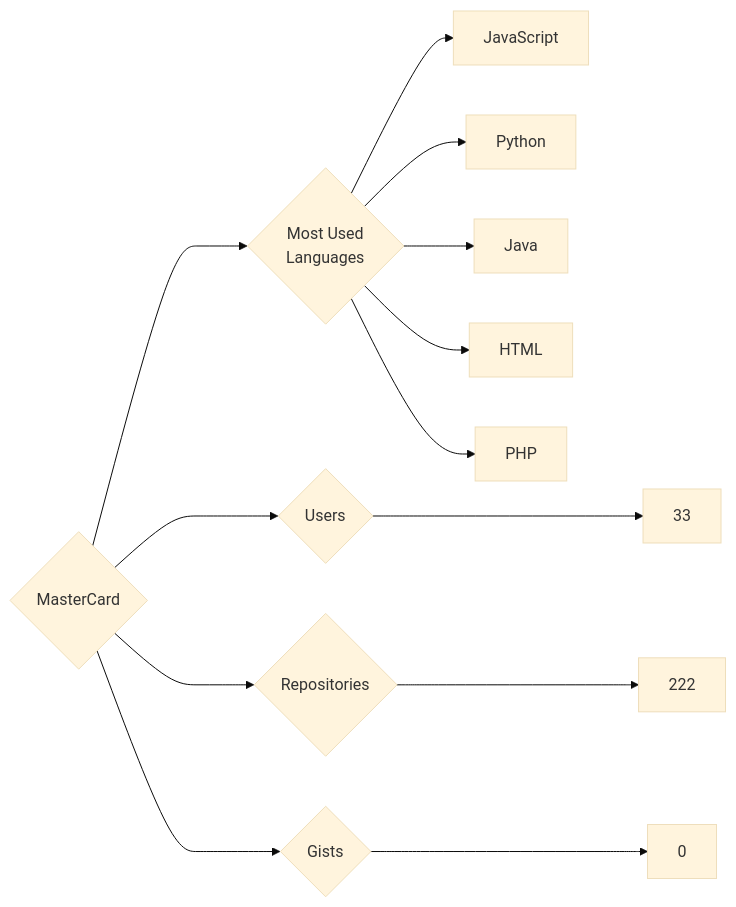
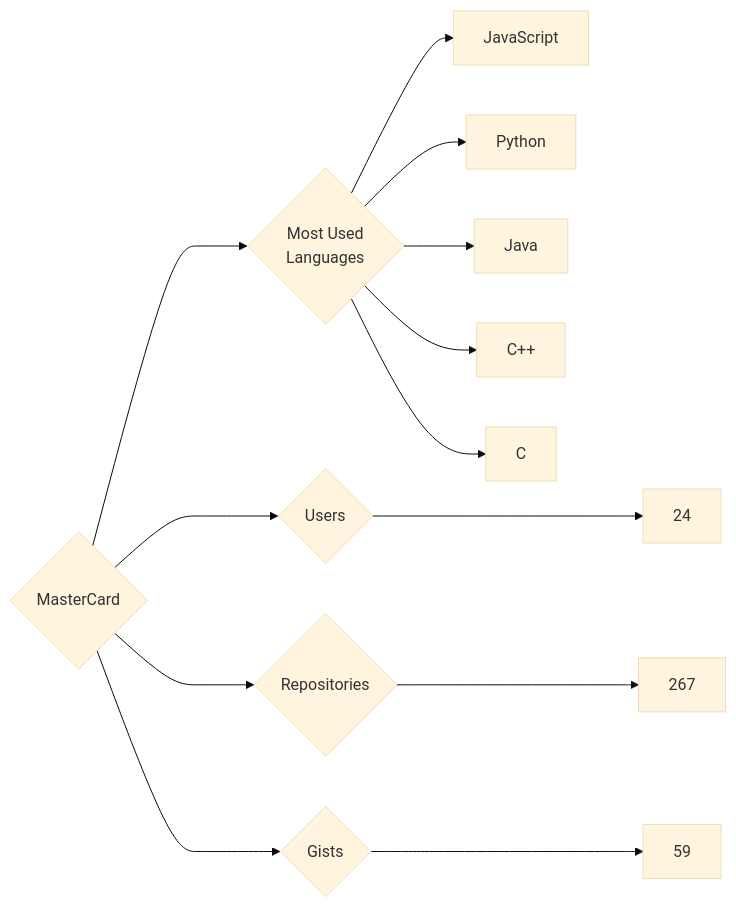
The diagram in targets/MasterCard/README.md (trickest/insiders), drawn with Mermaid (base theme) before and after one commit. The commit also changed 932 other files, not shown here.

````diff
--- a/targets/MasterCard/README.md
+++ b/targets/MasterCard/README.md
@@ -3,13 +3,13 @@
 ```mermaid
 graph LR
 COMPANY_NAME{MasterCard}
-COMPANY_NAME ---> U{Users} ---> UN[33]
-COMPANY_NAME ---> R{Repositories} ---> RN[222]
-COMPANY_NAME ---> G{Gists} ---> GN[0]
+COMPANY_NAME ---> U{Users} ---> UN[24]
+COMPANY_NAME ---> R{Repositories} ---> RN[267]
+COMPANY_NAME ---> G{Gists} ---> GN[59]
 COMPANY_NAME ---> ML{Most Used<br>Languages}
 ML --> JavaScript[JavaScript]
 ML --> Python[Python]
 ML --> Java[Java]
-ML --> HTML[HTML]
-ML --> PHP[PHP]
+ML --> C++[C++]
+ML --> C[C]
 ```
````
